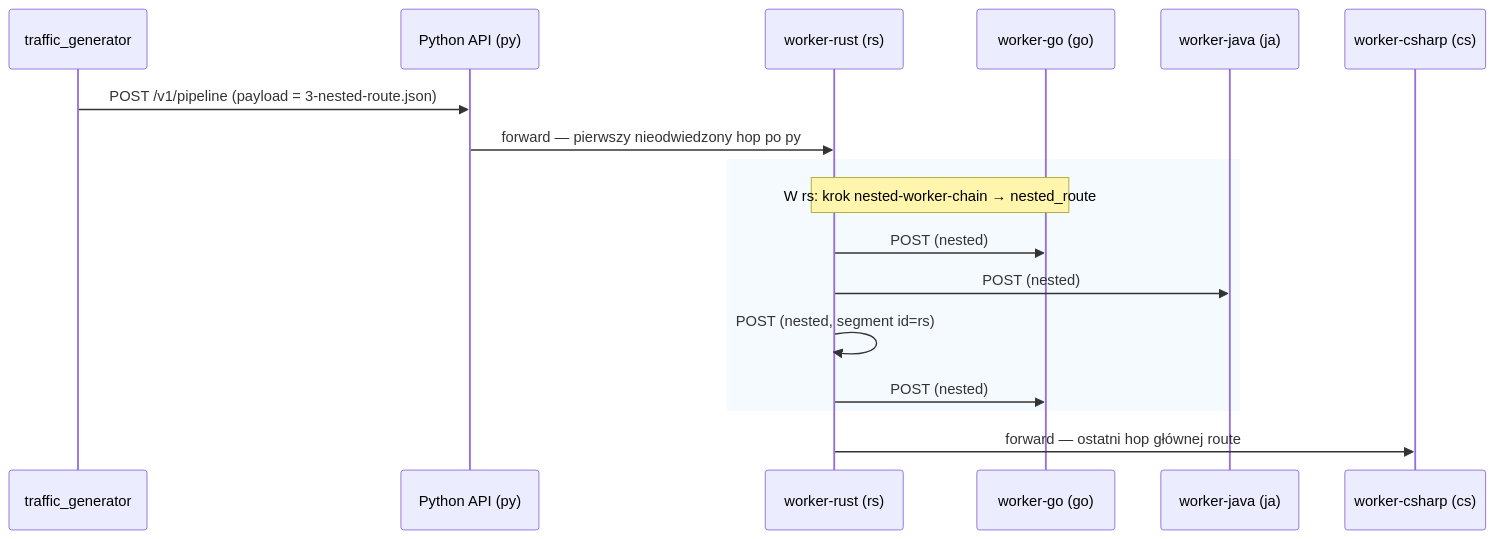
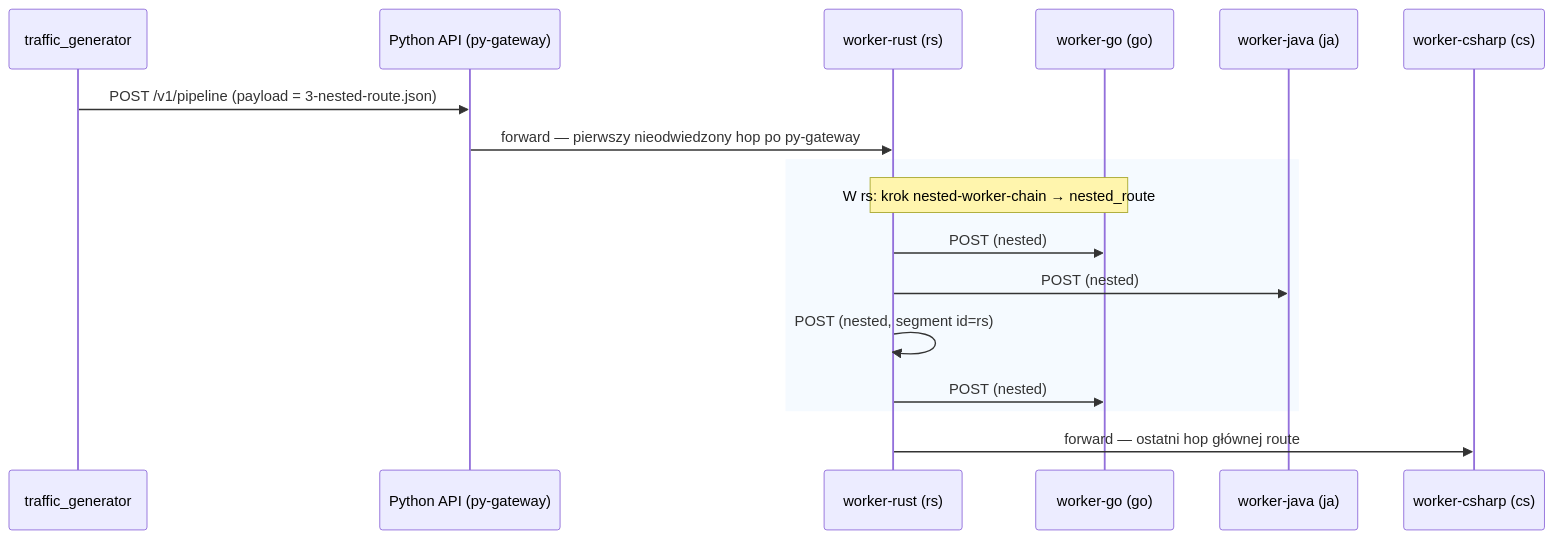
Before and after one commit to McEnigma24/UMISI-sem1-OpenTelemetry: the first of 2 diagrams in docs/http-pipeline-architecture.md, drawn with Mermaid. The commit also changed other lines of this file and 19 other files, not shown here.

````diff
--- a/docs/http-pipeline-architecture.md
+++ b/docs/http-pipeline-architecture.md
@@ -11,22 +13,22 @@
 ```mermaid
 sequenceDiagram
   participant TG as traffic_generator
-  participant PY as Python API (py)
+  participant PY as Python API (py-gateway)
   participant RS as worker-rust (rs)
   participant GO as worker-go (go)
   participant JA as worker-java (ja)
   participant CS as worker-csharp (cs)
 
   TG->>PY: POST /v1/pipeline (payload = 3-nested-route.json)
-  PY->>RS: forward — pierwszy nieodwiedzony hop po py
+  PY->>RS: forward — pierwszy nieodwiedzony hop po py-gateway
 
   rect rgb(245, 250, 255)
     Note over RS, GO: W rs: krok nested-worker-chain → nested_route
     RS->>GO: POST (nested)
     RS->>JA: POST (nested)
     RS->>RS: POST (nested, segment id=rs)
     RS->>GO: POST (nested)
   end
 
   RS->>CS: forward — ostatni hop głównej route
 ```
````
